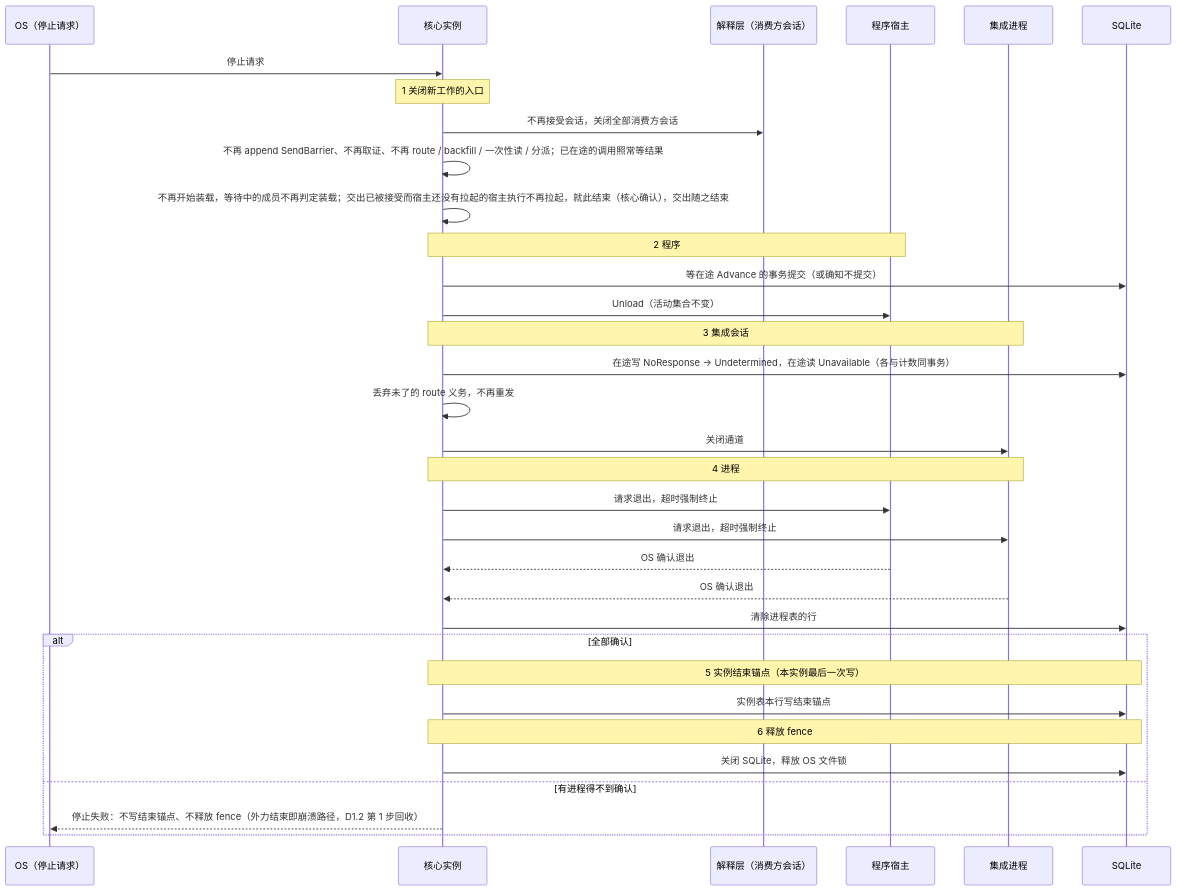
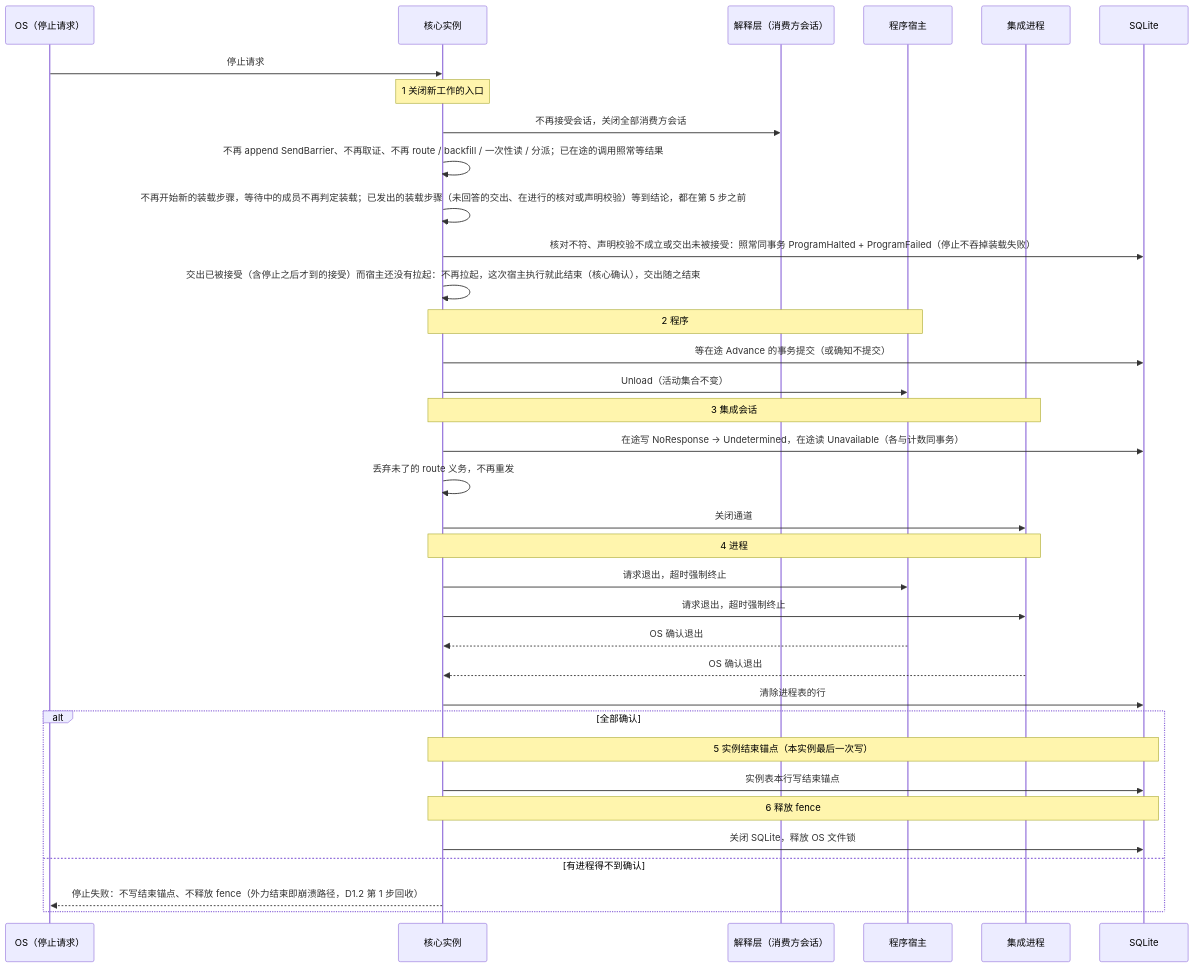
Before and after one commit to mouriya-s-lab/uta: the sixth of 6 diagrams in design/diagrams/01-process-topology.md, drawn with Mermaid. The commit also changed other lines of this file and 14 other files, not shown here.

````diff
--- a/design/diagrams/01-process-topology.md
+++ b/design/diagrams/01-process-topology.md
@@ -311,35 +311,37 @@
 ```mermaid
 sequenceDiagram
   participant OS as OS（停止请求）
   participant C as 核心实例
   participant L as 解释层（消费方会话）
   participant H as 程序宿主
   participant I as 集成进程
   participant DB as SQLite
   OS->>C: 停止请求
   Note over C: 1 关闭新工作的入口
   C->>L: 不再接受会话，关闭全部消费方会话
   C->>C: 不再 append SendBarrier、不再取证、不再 route / backfill / 一次性读 / 分派；已在途的调用照常等结果
-  C->>C: 不再开始装载，等待中的成员不再判定装载；交出已被接受而宿主还没有拉起的宿主执行不再拉起，就此结束（核心确认），交出随之结束
+  C->>C: 不再开始新的装载步骤，等待中的成员不再判定装载；已发出的装载步骤（未回答的交出、在进行的核对或声明校验）等到结论，都在第 5 步之前
+  C->>DB: 核对不符、声明校验不成立或交出未被接受：照常同事务 ProgramHalted + ProgramFailed（停止不吞掉装载失败）
+  C->>C: 交出已被接受（含停止之后才到的接受）而宿主还没有拉起：不再拉起，这次宿主执行就此结束（核心确认），交出随之结束
   Note over C,H: 2 程序
   C->>DB: 等在途 Advance 的事务提交（或确知不提交）
   C->>H: Unload（活动集合不变）
   Note over C,I: 3 集成会话
   C->>DB: 在途写 NoResponse → Undetermined，在途读 Unavailable（各与计数同事务）
   C->>C: 丢弃未了的 route 义务，不再重发
   C->>I: 关闭通道
   Note over C,I: 4 进程
   C->>H: 请求退出，超时强制终止
   C->>I: 请求退出，超时强制终止
   H-->>C: OS 确认退出
   I-->>C: OS 确认退出
   C->>DB: 清除进程表的行
   alt 全部确认
     Note over C,DB: 5 实例结束锚点（本实例最后一次写）
     C->>DB: 实例表本行写结束锚点
     Note over C,DB: 6 释放 fence
     C->>DB: 关闭 SQLite，释放 OS 文件锁
   else 有进程得不到确认
     C-->>OS: 停止失败：不写结束锚点、不释放 fence（外力结束即崩溃路径，D1.2 第 1 步回收）
   end
 ```
````
